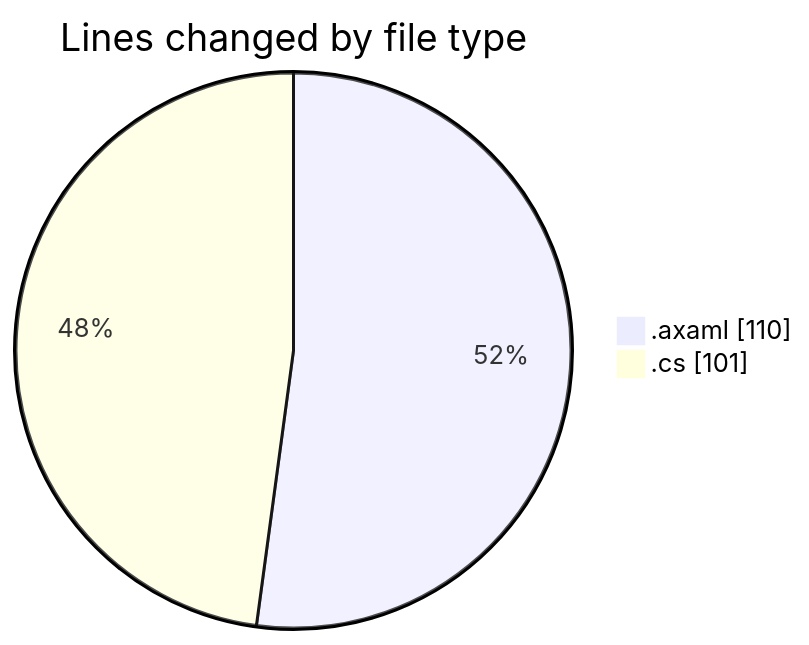
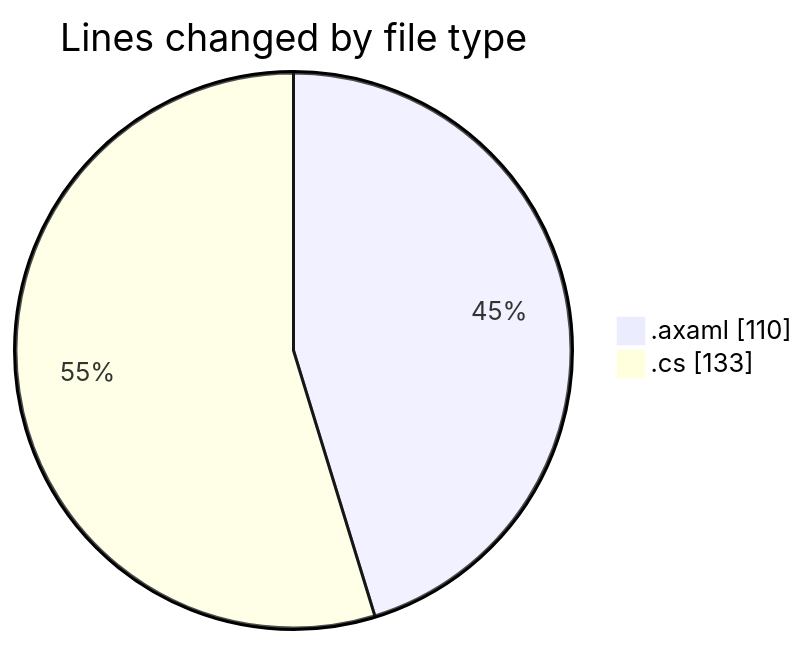
Before and after one commit to Netris89/code-tracking: the first of 2 diagrams in 2025-10-29/skintrack/README.md, drawn with Mermaid. The commit also changed other lines of this file and 1 other file, not shown here.

````diff
--- a/2025-10-29/skintrack/README.md
+++ b/2025-10-29/skintrack/README.md
@@ -25,6 +26,6 @@
 ```mermaid
 pie showData
 title Lines changed by file type
 ".axaml" : 110
-".cs" : 101
+".cs" : 133
 ```
````
